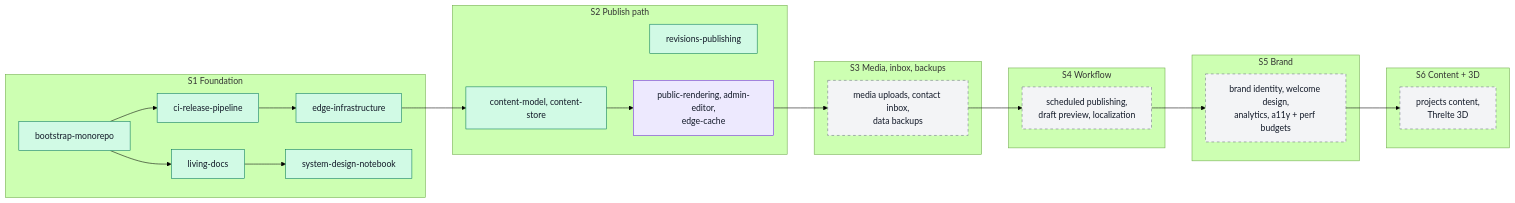
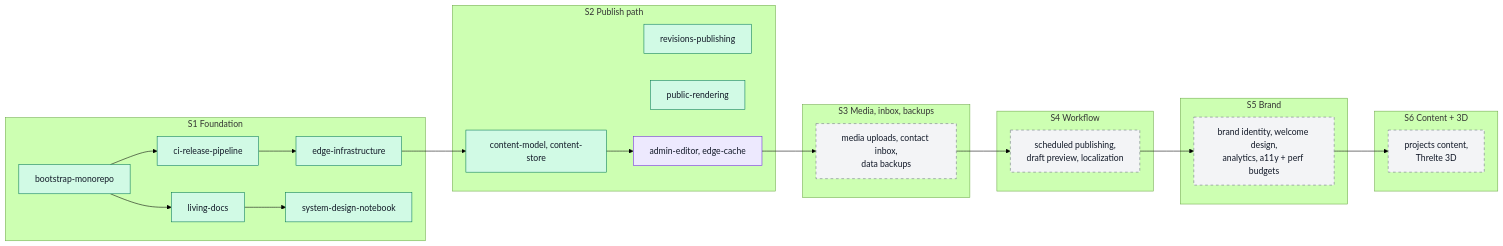
The diagram in docs/ROADMAP.md (ycmcuenca/ycmcuenca-core), drawn with Mermaid (forest theme) before and after one commit. The commit also changed other lines of this file and 13 other files, not shown here.

First line of the commit message:
chore(openspec): archive public-rendering

````diff
--- a/docs/ROADMAP.md
+++ b/docs/ROADMAP.md
@@ -37,37 +37,38 @@
 ```mermaid
 flowchart LR
     subgraph S1["S1 Foundation"]
         bootstrap["bootstrap-monorepo"]:::archived
         ci["ci-release-pipeline"]:::archived
         edge["edge-infrastructure"]:::archived
         docs["living-docs"]:::archived
         notebook["system-design-notebook"]:::archived
     end
     subgraph S2["S2 Publish path"]
         cm["content-model, content-store"]:::archived
         rp["revisions-publishing"]:::archived
-        s2["public-rendering, admin-editor,<br/>edge-cache"]:::proposed
+        pr["public-rendering"]:::archived
+        s2["admin-editor, edge-cache"]:::proposed
     end
     subgraph S3["S3 Media, inbox, backups"]
         s3["media uploads, contact inbox,<br/>data backups"]:::planned
     end
     subgraph S4["S4 Workflow"]
         s4["scheduled publishing,<br/>draft preview, localization"]:::planned
     end
     subgraph S5["S5 Brand"]
         s5["brand identity, welcome design,<br/>analytics, a11y + perf budgets"]:::planned
     end
     subgraph S6["S6 Content + 3D"]
         s6["projects content,<br/>Threlte 3D"]:::planned
     end
 
     bootstrap --> ci --> edge
     bootstrap --> docs --> notebook
     edge --> cm --> s2 --> s3 --> s4 --> s5 --> s6
 
     classDef archived fill:#d1fae5,stroke:#047857,color:#111827
     classDef merged fill:#dbeafe,stroke:#1d4ed8,color:#111827
     classDef inProgress fill:#fef3c7,stroke:#b45309,color:#111827
     classDef proposed fill:#ede9fe,stroke:#6d28d9,color:#111827
     classDef planned fill:#f3f4f6,stroke:#6b7280,color:#111827,stroke-dasharray:5 5
 ```
````
